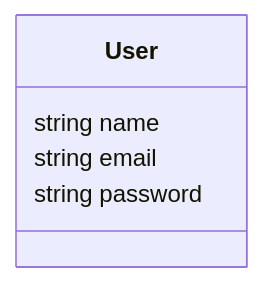
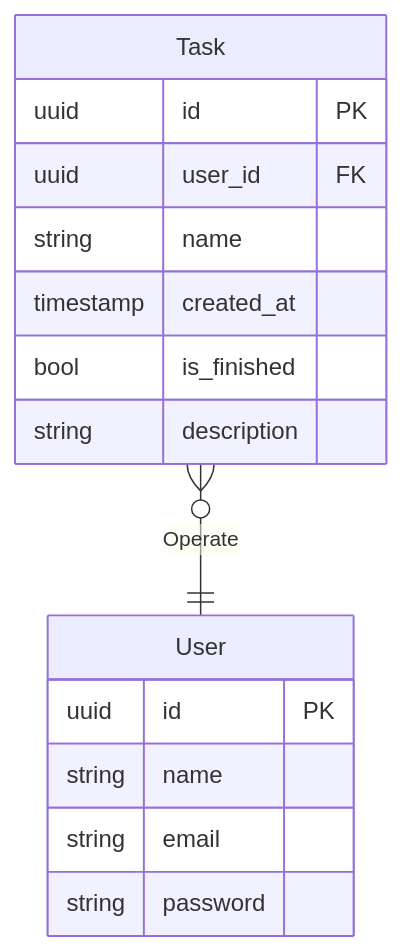
Before and after one commit to AnjeZenda/mobile-x-ml-todo-app: the diagram in arc/todo-app-plan.md, drawn with Mermaid. The commit also changed other lines of this file, not shown here.

````diff
--- a/arc/todo-app-plan.md
+++ b/arc/todo-app-plan.md
@@ -47,10 +61,18 @@
 ```mermaid
-classDiagram
-
-class User {
-    string name
-    string email
-    string password
-}
-
+erDiagram
+    Task }o--|| User: Operate
+    User {
+        uuid id PK
+        string name 
+        string email 
+        string password
+    }
+    Task {
+        uuid id PK
+        uuid user_id FK 
+        string name 
+        timestamp created_at 
+        bool is_finished 
+        string description 
+    }
 ```
````
